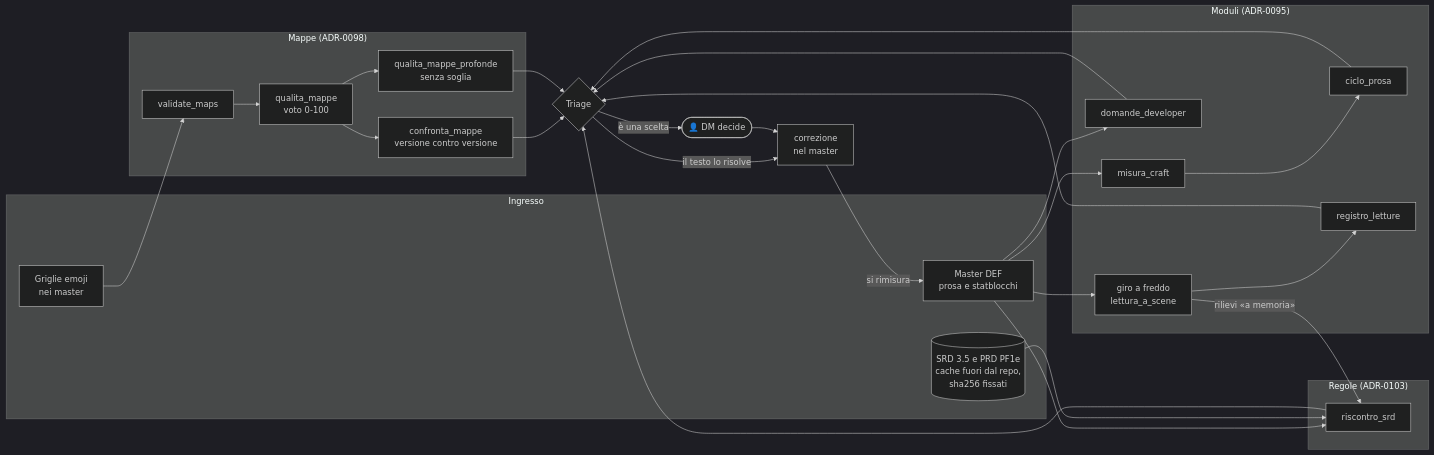
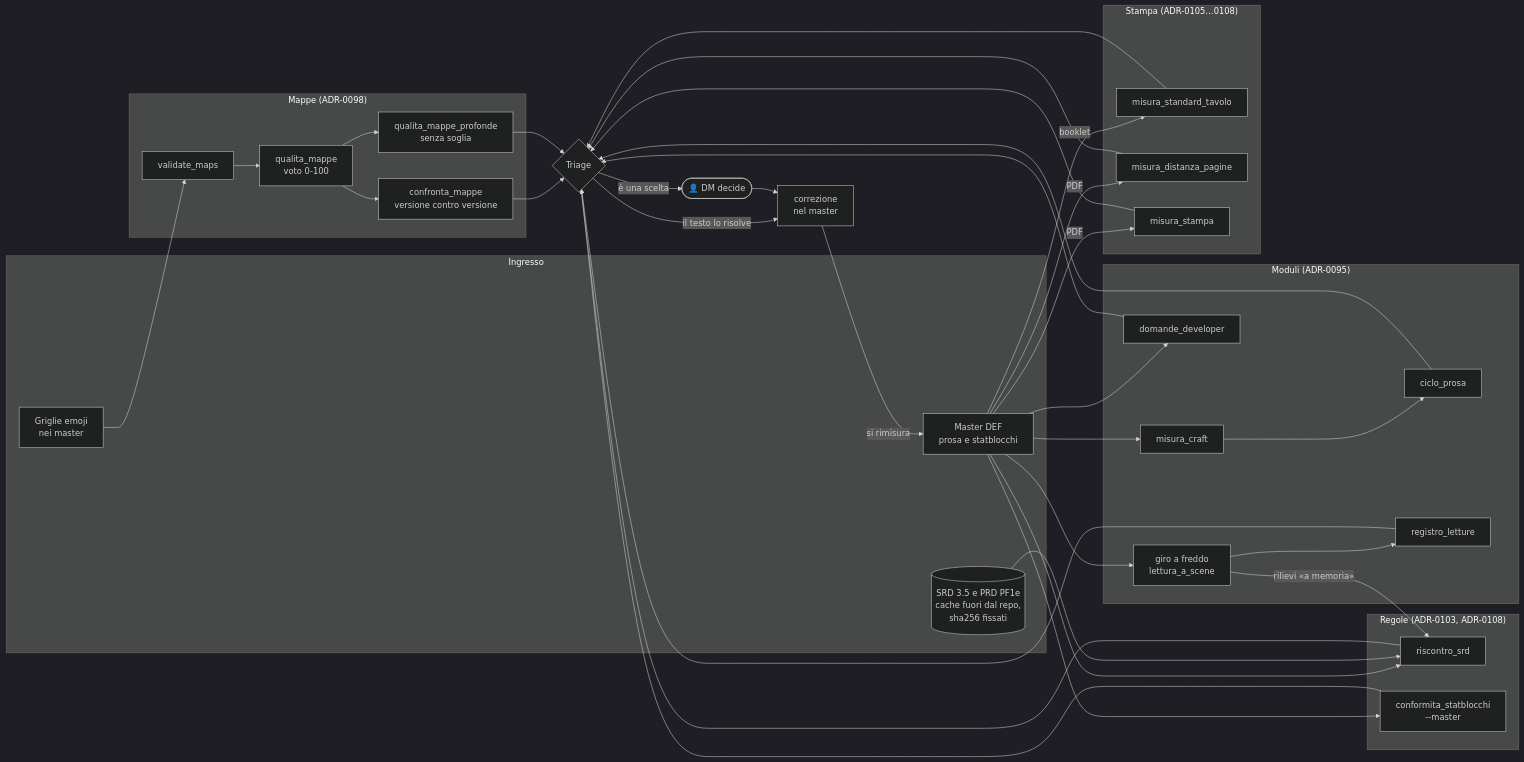
Diagram 25 of 26 in docs/ARCHITETTURA.md (gsamuele78/RumblingStone), drawn with Mermaid (dark theme) before and after one commit. The commit also changed other lines of this file and 5 other files, not shown here.

````diff
--- a/docs/ARCHITETTURA.md
+++ b/docs/ARCHITETTURA.md
@@ -930,33 +996,43 @@
 ```mermaid
 flowchart LR
     subgraph IN["Ingresso"]
         MAP["Griglie emoji<br/>nei master"]
         TXT["Master DEF<br/>prosa e statblocchi"]
         FONTI[("SRD 3.5 e PRD PF1e<br/>cache fuori dal repo,<br/>sha256 fissati")]
     end
     subgraph MAPPE["Mappe (ADR-0098)"]
         VM["validate_maps"] --> QM["qualita_mappe<br/>voto 0-100"]
         QM --> QP["qualita_mappe_profonde<br/>senza soglia"]
         QM --> CM["confronta_mappe<br/>versione contro versione"]
     end
     subgraph MODULI["Moduli (ADR-0095)"]
         MC["misura_craft"] --> CP["ciclo_prosa"]
         DD["domande_developer"]
         GF["giro a freddo<br/>lettura_a_scene"] --> RL["registro_letture"]
     end
-    subgraph REGOLE["Regole (ADR-0103)"]
+    subgraph REGOLE["Regole (ADR-0103, ADR-0108)"]
         RS["riscontro_srd"]
+        CS["conformita_statblocchi<br/>--master"]
+    end
+    subgraph STAMPA["Stampa (ADR-0105…0108)"]
+        ST["misura_standard_tavolo"]
+        DP["misura_distanza_pagine"]
+        MP["misura_stampa"]
     end
     MAP --> VM
     TXT --> MC
     TXT --> DD
     TXT --> GF
     TXT --> RS
+    TXT --> CS
+    TXT -->|"booklet"| ST
+    TXT -->|"PDF"| DP
+    TXT -->|"PDF"| MP
     FONTI --> RS
     GF -->|"rilievi «a memoria»"| RS
-    CM & QP & CP & DD & RL & RS --> TRI{"Triage"}
+    CM & QP & CP & DD & RL & RS & CS & ST & DP & MP --> TRI{"Triage"}
     TRI -->|"il testo lo risolve"| FIX["correzione<br/>nel master"]
     TRI -->|"è una scelta"| DM(["👤 DM decide"])
     DM --> FIX
     FIX -->|"si rimisura"| TXT
 ```
````
